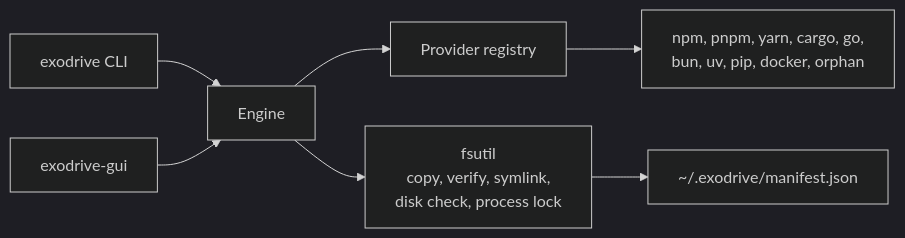
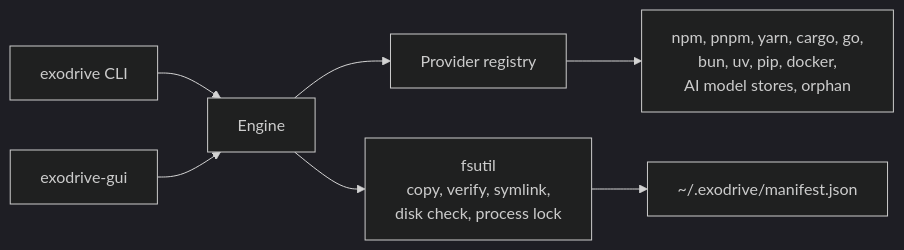
Before and after one commit to Jungley8/exodrive: the diagram in README.md, drawn with Mermaid (dark theme). The commit also changed other lines of this file and 11 other files, not shown here.

First line of the commit message:
feat(models): move AI model stores

````diff
--- a/README.md
+++ b/README.md
@@ -42,9 +42,9 @@
 ```mermaid
 flowchart LR
     CLI["exodrive CLI"] --> Engine
     GUI["exodrive-gui"] --> Engine
     Engine --> Registry["Provider registry"]
-    Registry --> P["npm, pnpm, yarn, cargo, go,<br/>bun, uv, pip, docker, orphan"]
+    Registry --> P["npm, pnpm, yarn, cargo, go,<br/>bun, uv, pip, docker,<br/>AI model stores, orphan"]
     Engine --> FS["fsutil<br/>copy, verify, symlink,<br/>disk check, process lock"]
     FS --> Ledger["~/.exodrive/manifest.json"]
 ```
````
